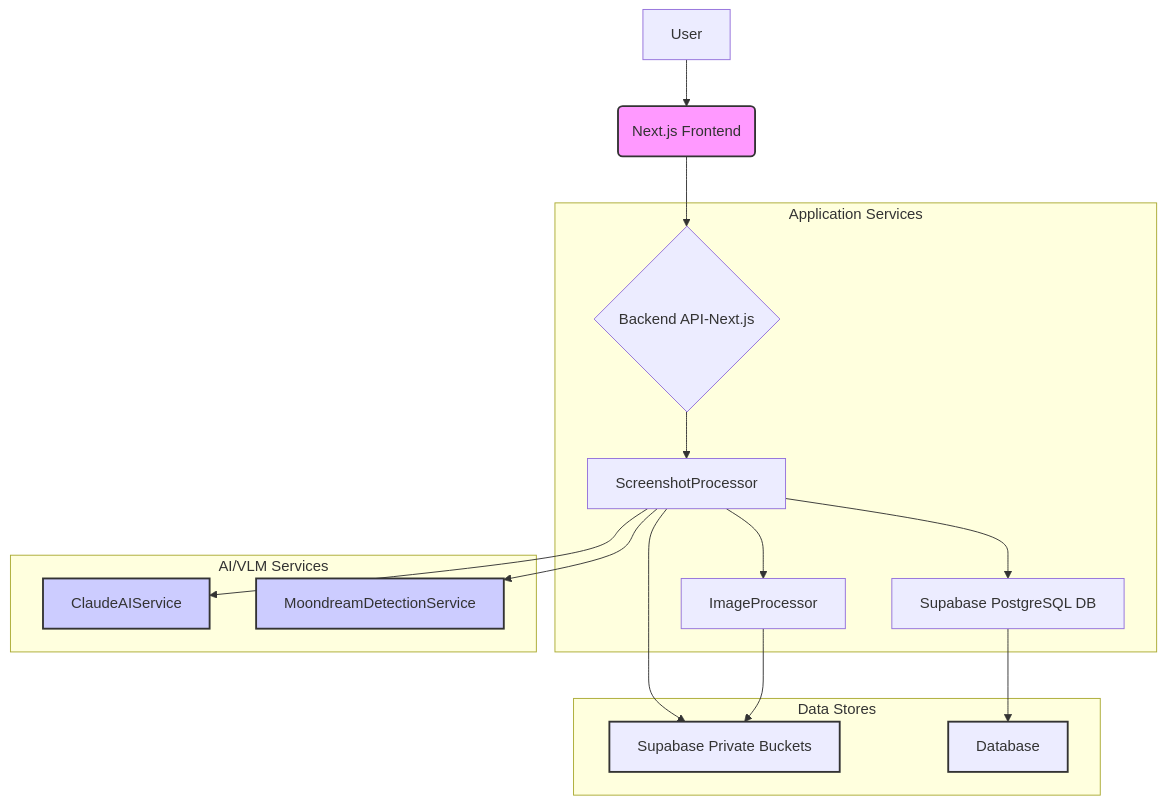
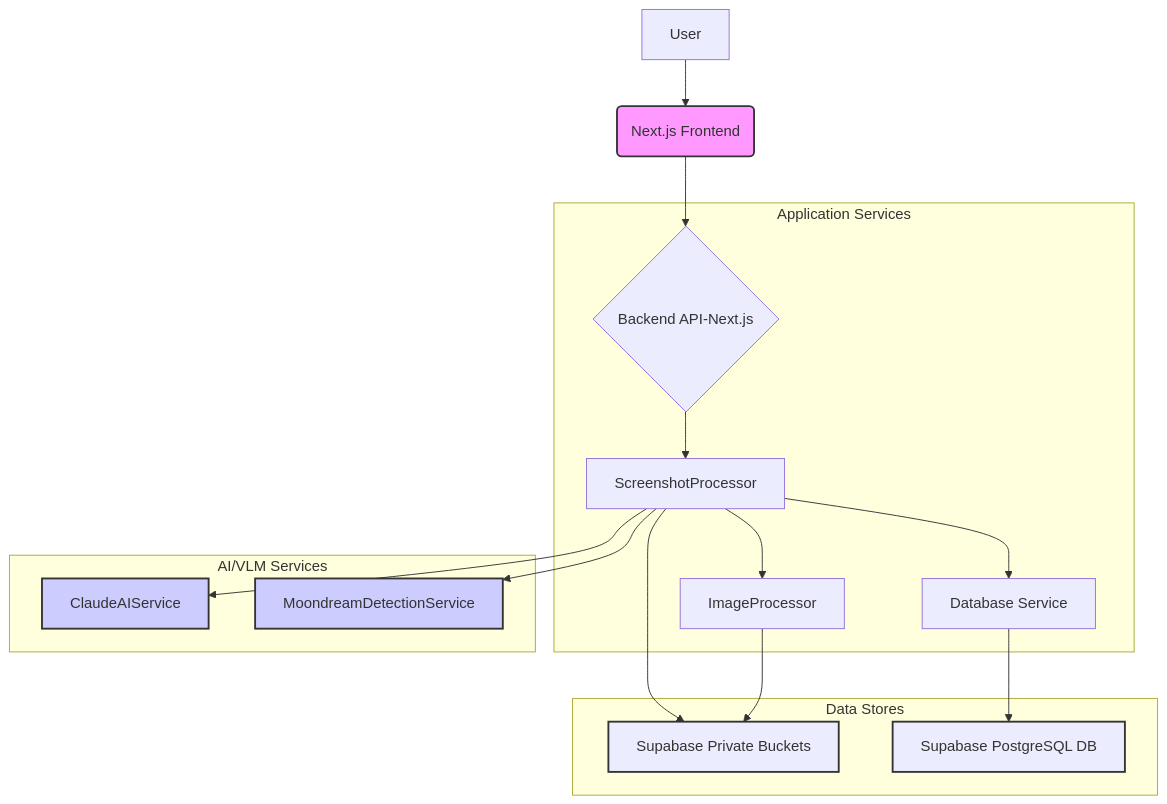
The diagram in docs/diagrams/system_architecture.md (jesshew/mobbin), drawn with Mermaid before and after one commit.

````diff
--- a/docs/diagrams/system_architecture.md
+++ b/docs/diagrams/system_architecture.md
@@ -1,36 +1,36 @@
 ```mermaid
 graph TD
     A[User] --> B(Next.js Frontend);
     B --> C{Backend API-Next.js};
     C --> D[ScreenshotProcessor];
     D --> E[ImageProcessor];
     D --> F[ClaudeAIService];
     D --> G[MoondreamDetectionService];
-    D --> H[Supabase PostgreSQL DB];
+    D --> H[Database Service];
     D --> I[Supabase Private Buckets];
     E --> I;
-    H --> J[Database];
+    H --> J[Supabase PostgreSQL DB];
 
     subgraph "Application Services"
         C
         D
         E
         H
     end
 
     subgraph "AI/VLM Services"
         F
         G
     end
 
     subgraph "Data Stores"
         I
         J
     end
 
     style B fill:#f9f,stroke:#333,stroke-width:2px;
     style F fill:#ccf,stroke:#333,stroke-width:2px;
     style G fill:#ccf,stroke:#333,stroke-width:2px;
     style J fill:#lightgrey,stroke:#333,stroke-width:2px;
     style I fill:#lightgrey,stroke:#333,stroke-width:2px;
 ``` 
````
